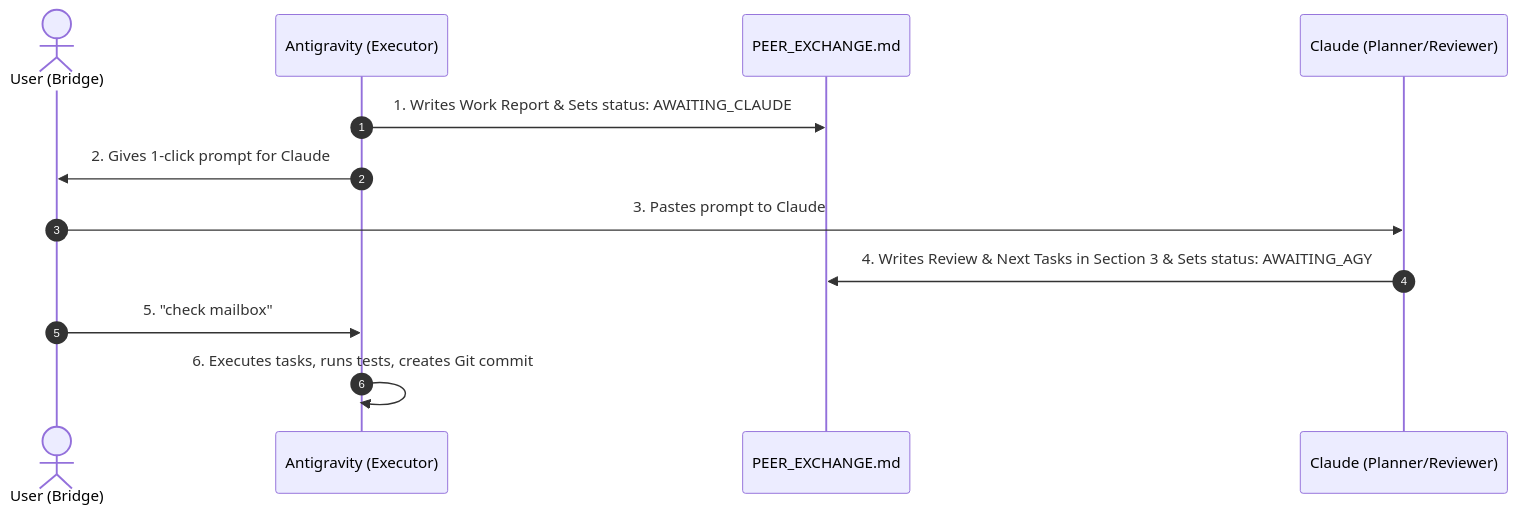
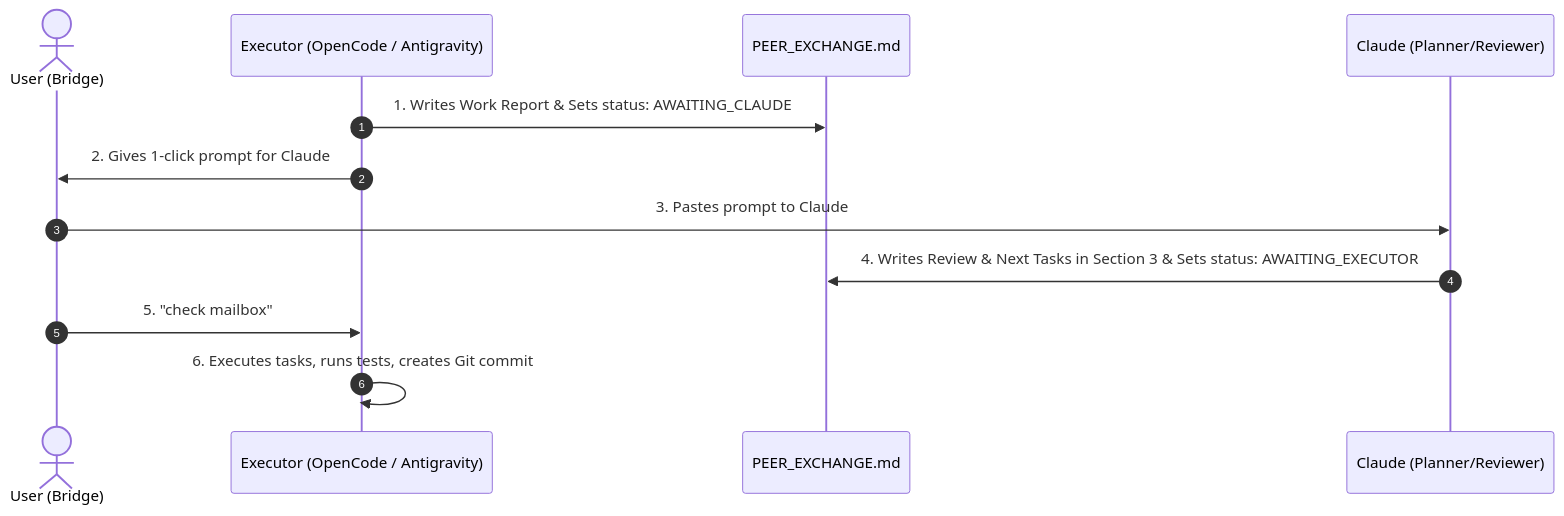
The diagram in README.md (hrid0yyy/peer-exchange-template), drawn with Mermaid before and after one commit. The commit also changed other lines of this file and 4 other files, not shown here.

First line of the commit message:
feat: support OpenCode as executor alongside Antigravity

````diff
--- a/README.md
+++ b/README.md
@@ -52,15 +61,15 @@
 ```mermaid
 sequenceDiagram
     autonumber
     actor You as User (Bridge)
-    participant AGY as Antigravity (Executor)
+    participant EX as Executor (OpenCode / Antigravity)
     participant Mail as PEER_EXCHANGE.md
     participant CC as Claude (Planner/Reviewer)
 
-    AGY->>Mail: 1. Writes Work Report & Sets status: AWAITING_CLAUDE
-    AGY->>You: 2. Gives 1-click prompt for Claude
+    EX->>Mail: 1. Writes Work Report & Sets status: AWAITING_CLAUDE
+    EX->>You: 2. Gives 1-click prompt for Claude
     You->>CC: 3. Pastes prompt to Claude
-    CC->>Mail: 4. Writes Review & Next Tasks in Section 3 & Sets status: AWAITING_AGY
-    You->>AGY: 5. "check mailbox"
-    AGY->>AGY: 6. Executes tasks, runs tests, creates Git commit
+    CC->>Mail: 4. Writes Review & Next Tasks in Section 3 & Sets status: AWAITING_EXECUTOR
+    You->>EX: 5. "check mailbox"
+    EX->>EX: 6. Executes tasks, runs tests, creates Git commit
 ```
````
